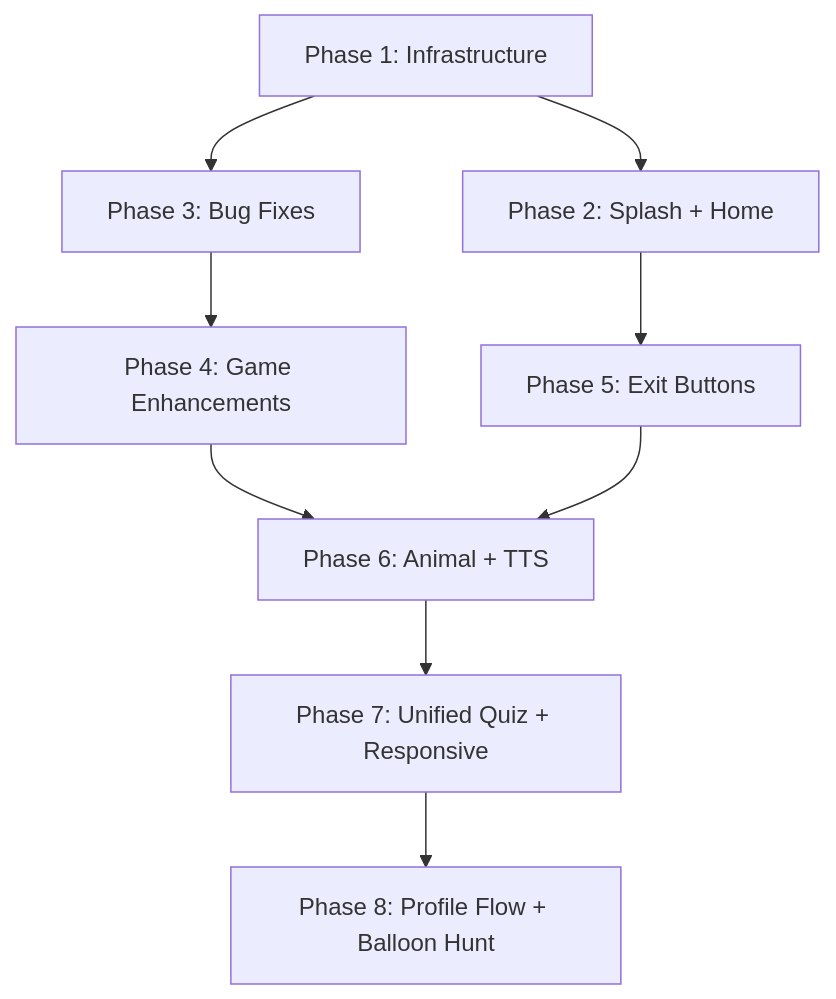
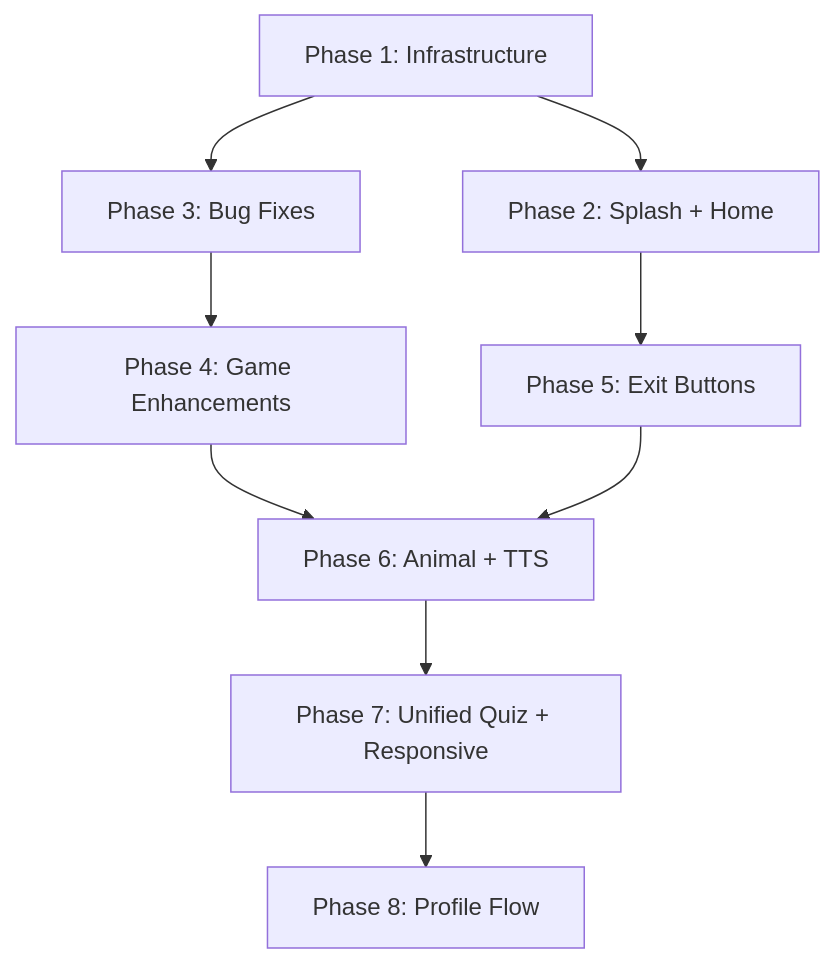
The diagram in docs/kidzoo_implementation_plan.md (youssefalaa10/Kidzoo), drawn with Mermaid before and after one commit. The commit also changed other lines of this file and 83 other files, not shown here.

Commit message:
feat: implement kidzoo v2 core architecture, game engine features, database management, and localization support.

````diff
--- a/docs/kidzoo_implementation_plan.md
+++ b/docs/kidzoo_implementation_plan.md
@@ -664,11 +637,11 @@
 ```mermaid
 graph TD
     P1[Phase 1: Infrastructure] --> P2[Phase 2: Splash + Home]
     P1 --> P3[Phase 3: Bug Fixes]
     P2 --> P5[Phase 5: Exit Buttons]
     P3 --> P4[Phase 4: Game Enhancements]
     P4 --> P6[Phase 6: Animal + TTS]
     P5 --> P6
     P6 --> P7[Phase 7: Unified Quiz + Responsive]
-    P7 --> P8[Phase 8: Profile Flow + Balloon Hunt]
+    P7 --> P8[Phase 8: Profile Flow]
 ```
````
